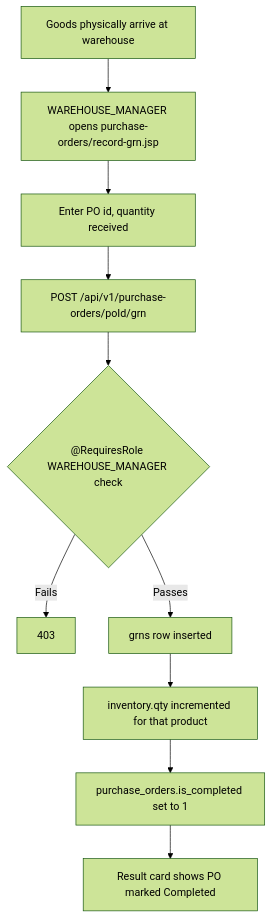
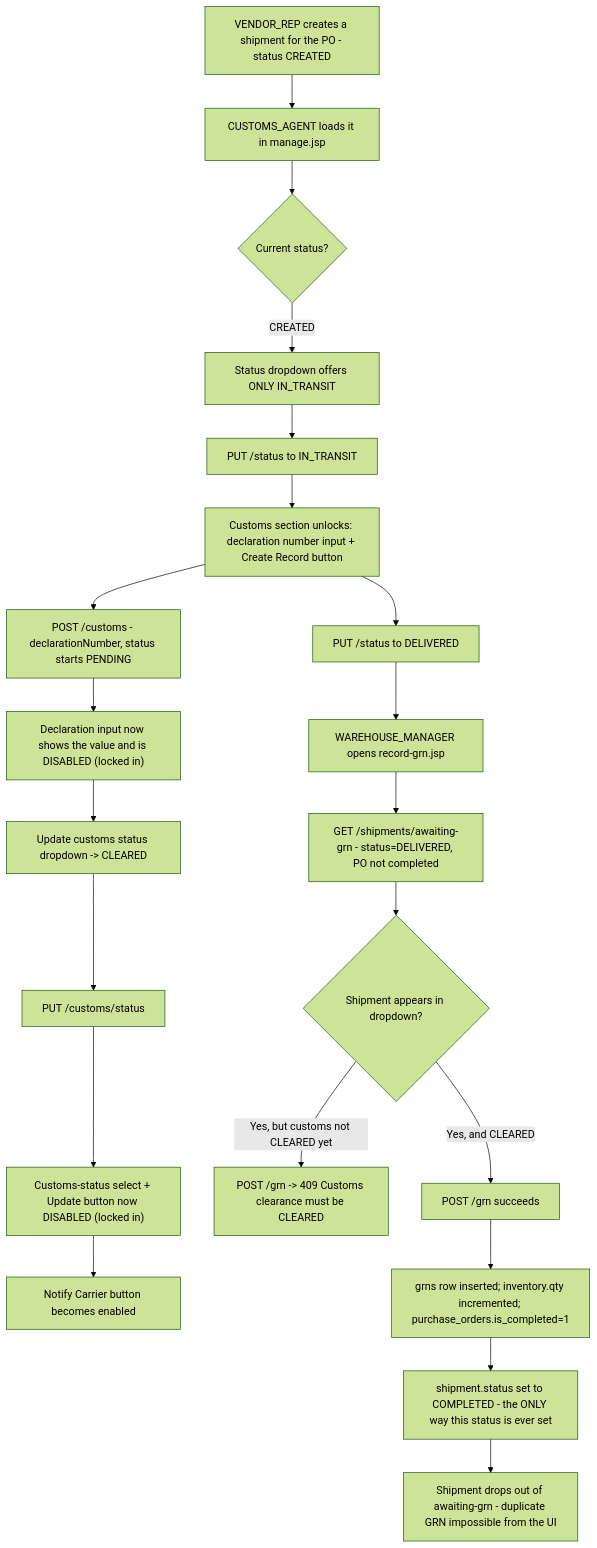
One commit to wishva-kalhara/GlobalTradeLogistics changed diagram 18 of 26 in .no-build/docs/E2E_FLOWS.md. Above: the diagram before and after it, drawn with Mermaid (forest theme). The commit also changed other lines of this file and 5 other files, not shown here.

````diff
--- a/.no-build/docs/E2E_FLOWS.md
+++ b/.no-build/docs/E2E_FLOWS.md
@@ -237,12 +275,23 @@
 ```mermaid
 flowchart TD
-    A[Goods physically arrive at warehouse] --> B[WAREHOUSE_MANAGER opens purchase-orders/record-grn.jsp]
-    B --> C[Enter PO id, quantity received]
-    C --> D[POST /api/v1/purchase-orders/poId/grn]
-    D --> E{"@RequiresRole WAREHOUSE_MANAGER check"}
-    E -- Fails --> F[403]
-    E -- Passes --> G[grns row inserted]
-    G --> H[inventory.qty incremented for that product]
-    H --> I[purchase_orders.is_completed set to 1]
-    I --> J[Result card shows PO marked Completed]
+    A[VENDOR_REP creates a shipment for the PO - status CREATED] --> B[CUSTOMS_AGENT loads it in manage.jsp]
+    B --> C{Current status?}
+    C -- CREATED --> D["Status dropdown offers ONLY IN_TRANSIT"]
+    D --> E[PUT /status to IN_TRANSIT]
+    E --> F[Customs section unlocks: declaration number input + Create Record button]
+    F --> G[POST /customs - declarationNumber, status starts PENDING]
+    G --> H["Declaration input now shows the value and is DISABLED (locked in)"]
+    H --> I[Update customs status dropdown -> CLEARED]
+    I --> J[PUT /customs/status]
+    J --> K["Customs-status select + Update button now DISABLED (locked in)"]
+    K --> L[Notify Carrier button becomes enabled]
+    F --> M[PUT /status to DELIVERED]
+    M --> N[WAREHOUSE_MANAGER opens record-grn.jsp]
+    N --> O[GET /shipments/awaiting-grn - status=DELIVERED, PO not completed]
+    O --> P{Shipment appears in dropdown?}
+    P -- Yes, but customs not CLEARED yet --> Q[POST /grn -> 409 Customs clearance must be CLEARED]
+    P -- Yes, and CLEARED --> R[POST /grn succeeds]
+    R --> S[grns row inserted; inventory.qty incremented; purchase_orders.is_completed=1]
+    S --> T["shipment.status set to COMPLETED - the ONLY way this status is ever set"]
+    T --> U[Shipment drops out of awaiting-grn - duplicate GRN impossible from the UI]
 ```
````
